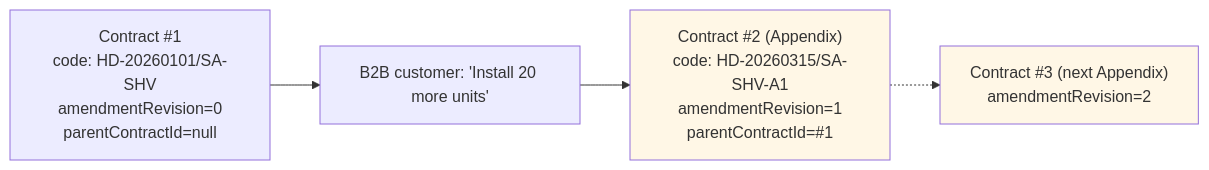
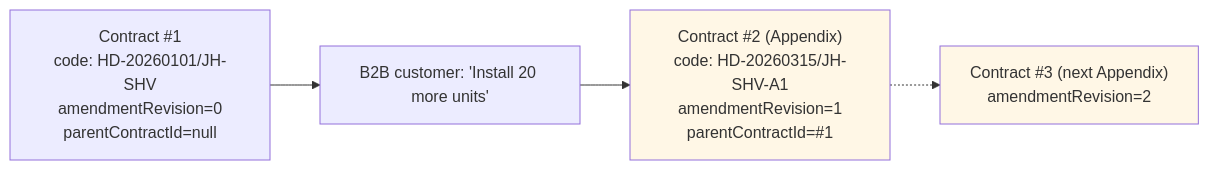
Diagram 12 of 46 in docs/USER_WORKFLOWS.md (JoJakeTaemoon/jakes-home-appliances-soms), drawn with Mermaid before and after one commit. The commit also changed other lines of this file and 94 other files, not shown here.

````diff
--- a/docs/USER_WORKFLOWS.md
+++ b/docs/USER_WORKFLOWS.md
@@ -389,13 +389,13 @@
 ```mermaid
 flowchart LR
-  Original["Contract #1<br/>code: HD-20260101/SA-SHV<br/>amendmentRevision=0<br/>parentContractId=null"]
+  Original["Contract #1<br/>code: HD-20260101/JH-SHV<br/>amendmentRevision=0<br/>parentContractId=null"]
   Add["B2B customer: 'Install 20 more units'"]
-  Appendix["Contract #2 (Appendix)<br/>code: HD-20260315/SA-SHV-A1<br/>amendmentRevision=1<br/>parentContractId=#1"]
+  Appendix["Contract #2 (Appendix)<br/>code: HD-20260315/JH-SHV-A1<br/>amendmentRevision=1<br/>parentContractId=#1"]
   More["Contract #3 (next Appendix)<br/>amendmentRevision=2"]
 
   Original --> Add --> Appendix
   Appendix -.-> More
 
   style Appendix fill:#fff7e6
   style More fill:#fff7e6
 ```
````
